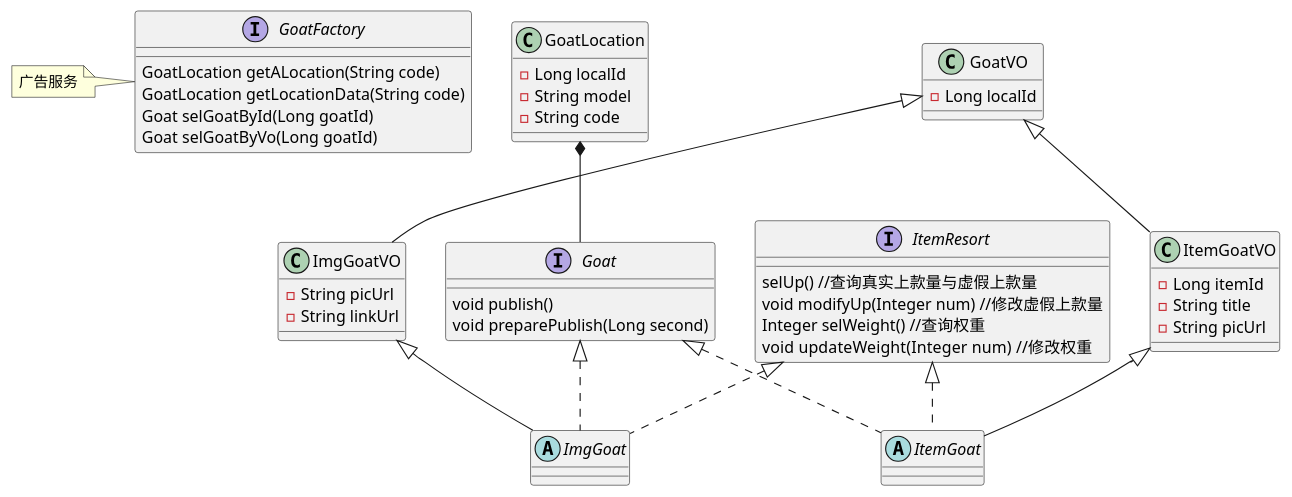
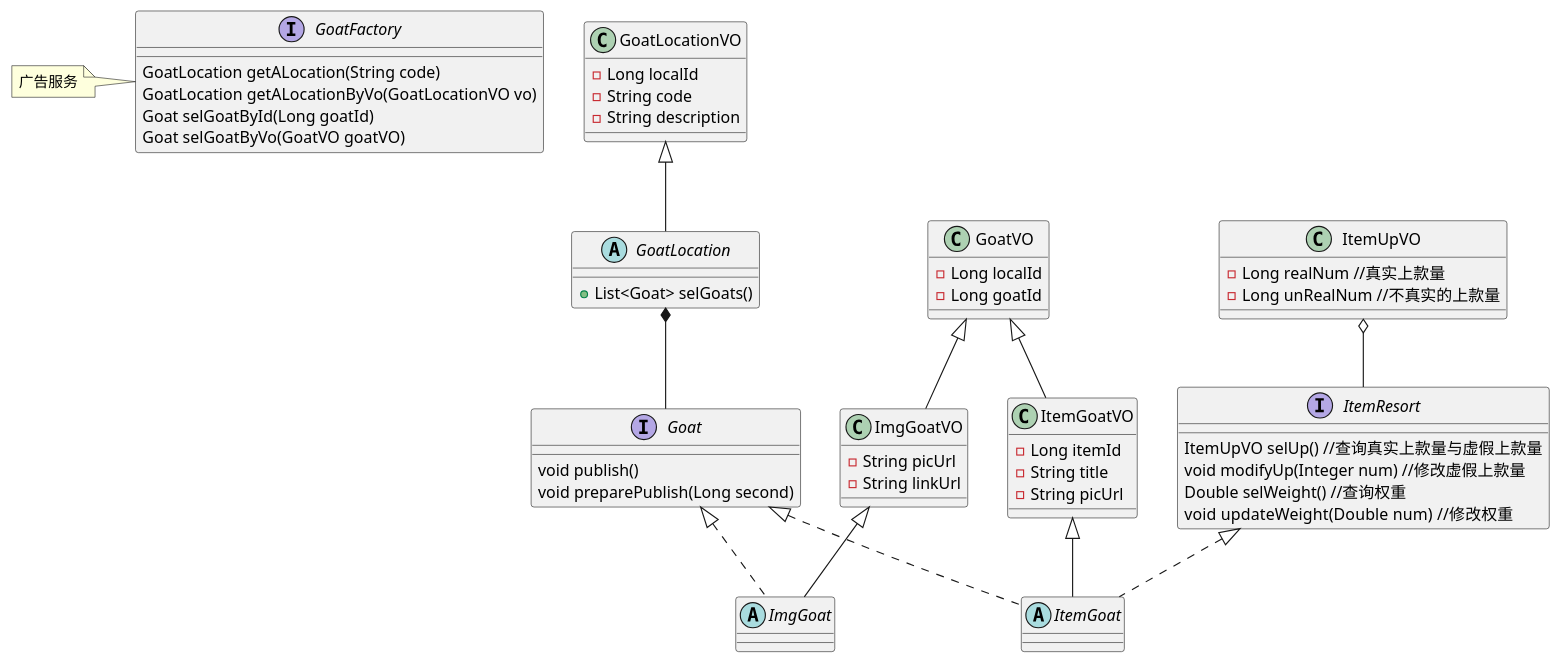
One commit to pogy/main-pom changed the diagram in main4-spread/main4-spread-api/src/main/resources/goat_class.puml. Above: the diagram before and after it, drawn with PlantUML. The commit also changed 29 other files, not shown here.

```diff
--- a/main4-spread/main4-spread-api/src/main/resources/goat_class.puml
+++ b/main4-spread/main4-spread-api/src/main/resources/goat_class.puml
@@ -1,71 +1,83 @@
 @startuml
 
-class GoatLocation{
+class GoatLocationVO{
 -Long localId
--String model
 -String code
+-String description
+}
+
+abstract class GoatLocation{
++List<Goat> selGoats()
 }
 
 interface Goat{
 
 void publish()
 void preparePublish(Long second)
 }
 
 class GoatVO{
 -Long localId
+-Long goatId
 }
 
 class ImgGoatVO{
 -String picUrl
 -String linkUrl
+}
+
+class ItemUpVO{
+-Long realNum //真实上款量
+-Long unRealNum //不真实的上款量
 }
 
 class ItemGoatVO{
 -Long itemId
 -String title
 -String picUrl
 }
 
 abstract class ImgGoat{
 
 }
 
 abstract class ItemGoat{
 
 }
 
 interface ItemResort{
-selUp() //查询真实上款量与虚假上款量
+ItemUpVO selUp() //查询真实上款量与虚假上款量
 void modifyUp(Integer num) //修改虚假上款量
-Integer selWeight() //查询权重
-void updateWeight(Integer num)  //修改权重
+Double selWeight() //查询权重
+void updateWeight(Double num)  //修改权重
 }
+
+GoatLocationVO <|-- GoatLocation
 
 GoatLocation *-- Goat
 
 Goat <|.. ImgGoat
 
 Goat <|.. ItemGoat
 
 GoatVO <|-- ImgGoatVO
 GoatVO <|-- ItemGoatVO
 
 ImgGoatVO <|-- ImgGoat
 
 ItemGoatVO <|-- ItemGoat
 
-ItemResort <|.. ImgGoat
+ItemResort <|.. ItemGoat
 
-ItemResort <|.. ItemGoat
+ItemUpVO o-- ItemResort
 
 interface GoatFactory{
 GoatLocation getALocation(String code)
-GoatLocation getLocationData(String code)
+GoatLocation getALocationByVo(GoatLocationVO vo)
 Goat selGoatById(Long goatId)
-Goat selGoatByVo(Long goatId)
+Goat selGoatByVo(GoatVO goatVO)
 }
 
 note left of GoatFactory:广告服务
 
 @enduml
```
